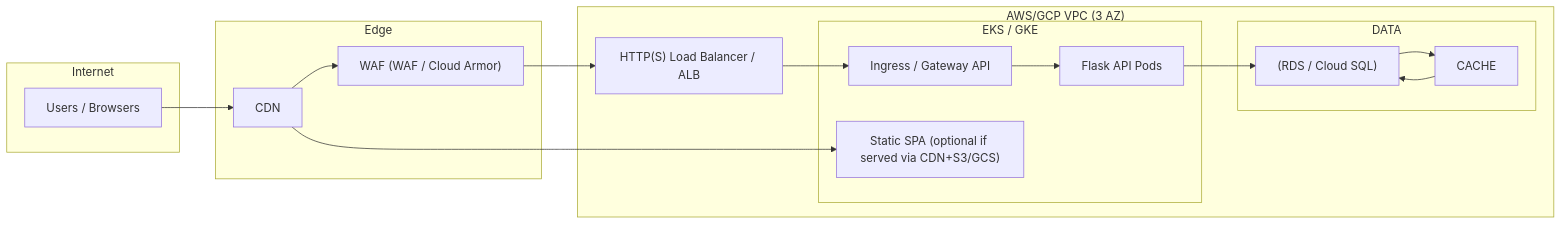
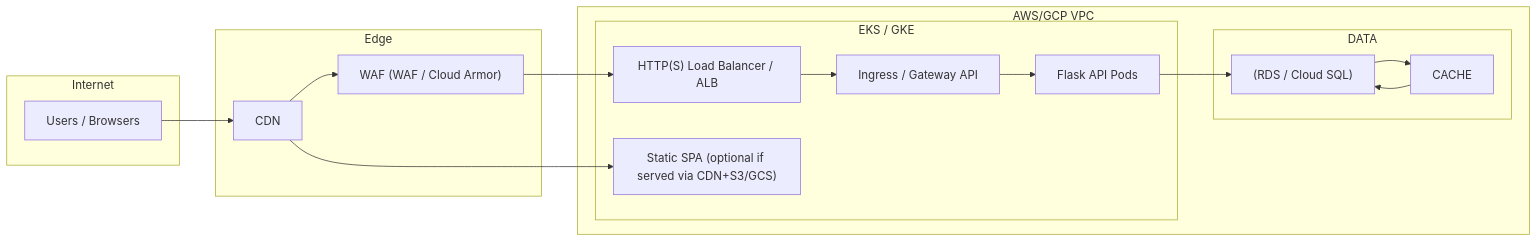
One commit to fulgorek/innovateinc changed the diagram in readme.md. Above: the diagram before and after it, drawn with Mermaid.

````diff
--- a/readme.md
+++ b/readme.md
@@ -238,30 +238,32 @@
 ```mermaid
 flowchart LR
   subgraph Internet
     User["Users / Browsers"]
   end
 
   subgraph Edge["Edge"]
     CDN["CDN"]
     WAF["WAF (WAF / Cloud Armor)"]
   end
 
-  subgraph AWSVPC["AWS/GCP VPC (3 AZ)"]
-    ALB["HTTP(S) Load Balancer / ALB"]
+  subgraph AWSVPC["AWS/GCP VPC"]
+    
     subgraph EKS["EKS / GKE"]
+      ALB["HTTP(S) Load Balancer / ALB"]
       Ingress["Ingress / Gateway API"]
       API["Flask API Pods"]
       SPA["Static SPA (optional if served via CDN+S3/GCS)"]
     end
     
     subgraph AWSDATAVPC["DATA"]
       DB["(RDS / Cloud SQL)"]
       CACHE["CACHE"]
     end
   end
 
   User --> CDN --> WAF --> ALB --> Ingress --> API
   CDN --> SPA
   API --> DB
   DB --> CACHE -->DB
+
 ```
````
